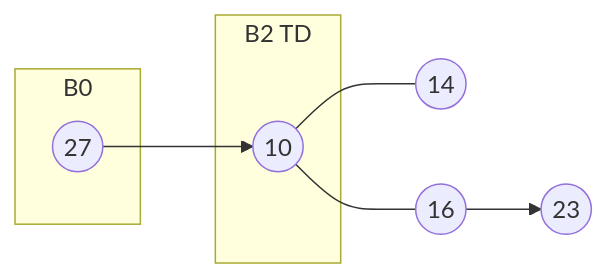
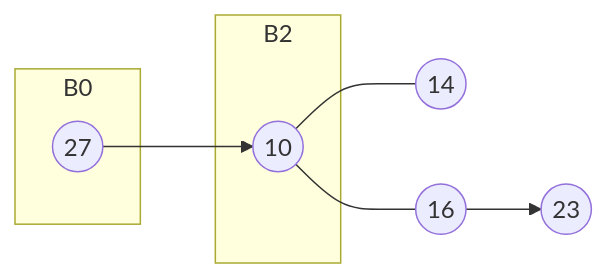
One commit to Tiggax/Zapiski changed the sixth of 8 diagrams in 2. Letnik/Podatkovne strukture in algoritmi/vaje 15-12-2021.md. Above: the diagram before and after it, drawn with Mermaid. The commit also changed other lines of this file and 1 other file, not shown here.

````diff
--- a/2. Letnik/Podatkovne strukture in algoritmi/vaje 15-12-2021.md
+++ b/2. Letnik/Podatkovne strukture in algoritmi/vaje 15-12-2021.md
@@ -83,13 +83,13 @@
 ```mermaid
 graph LR	
 subgraph B0 
 27((27))
 end
 27-->10
-subgraph B2 TD
+subgraph B2
 10((10))
 end
 10---16
 10---14((14))
 16((16))-->23((23))
 ```
````
